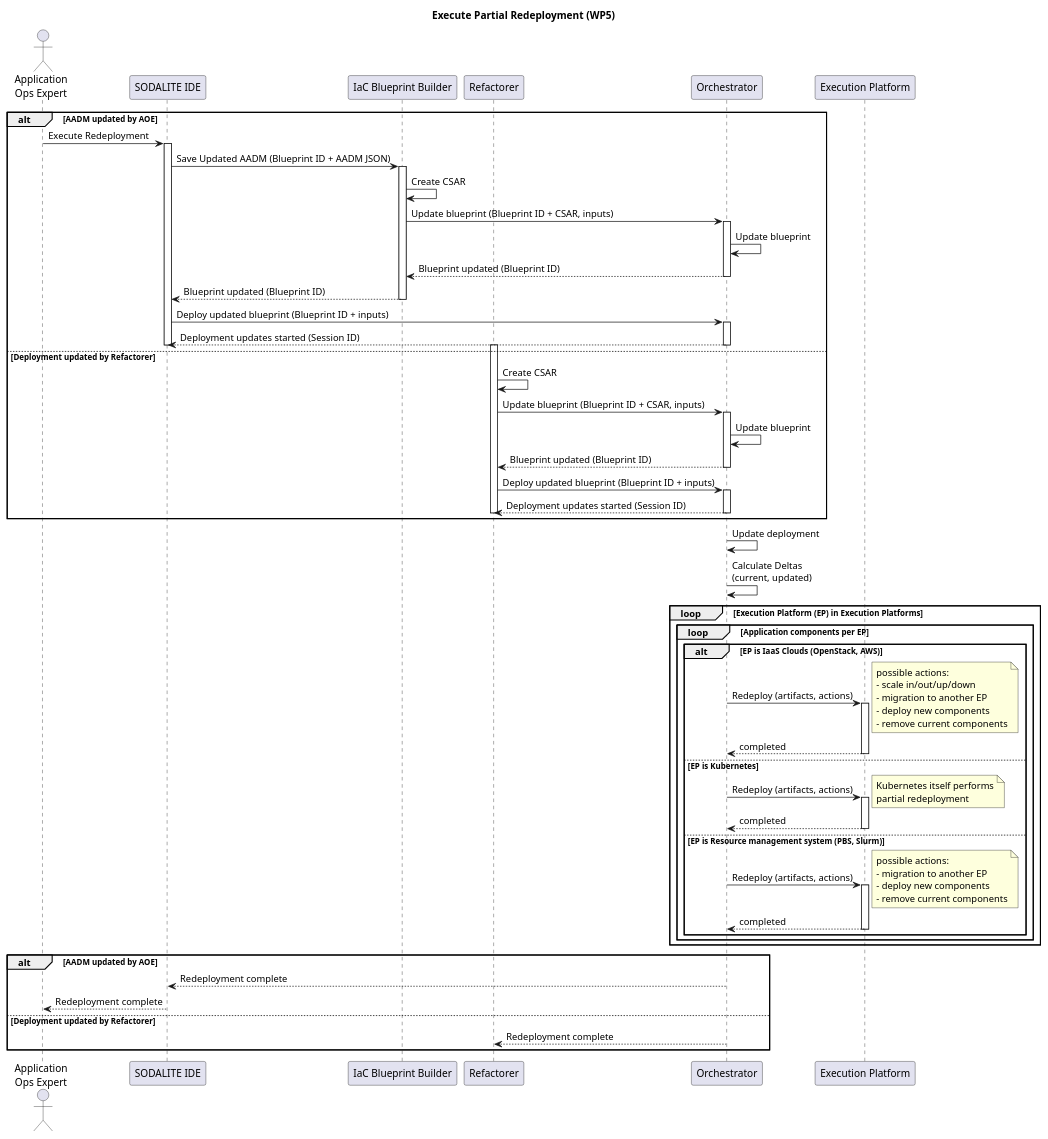
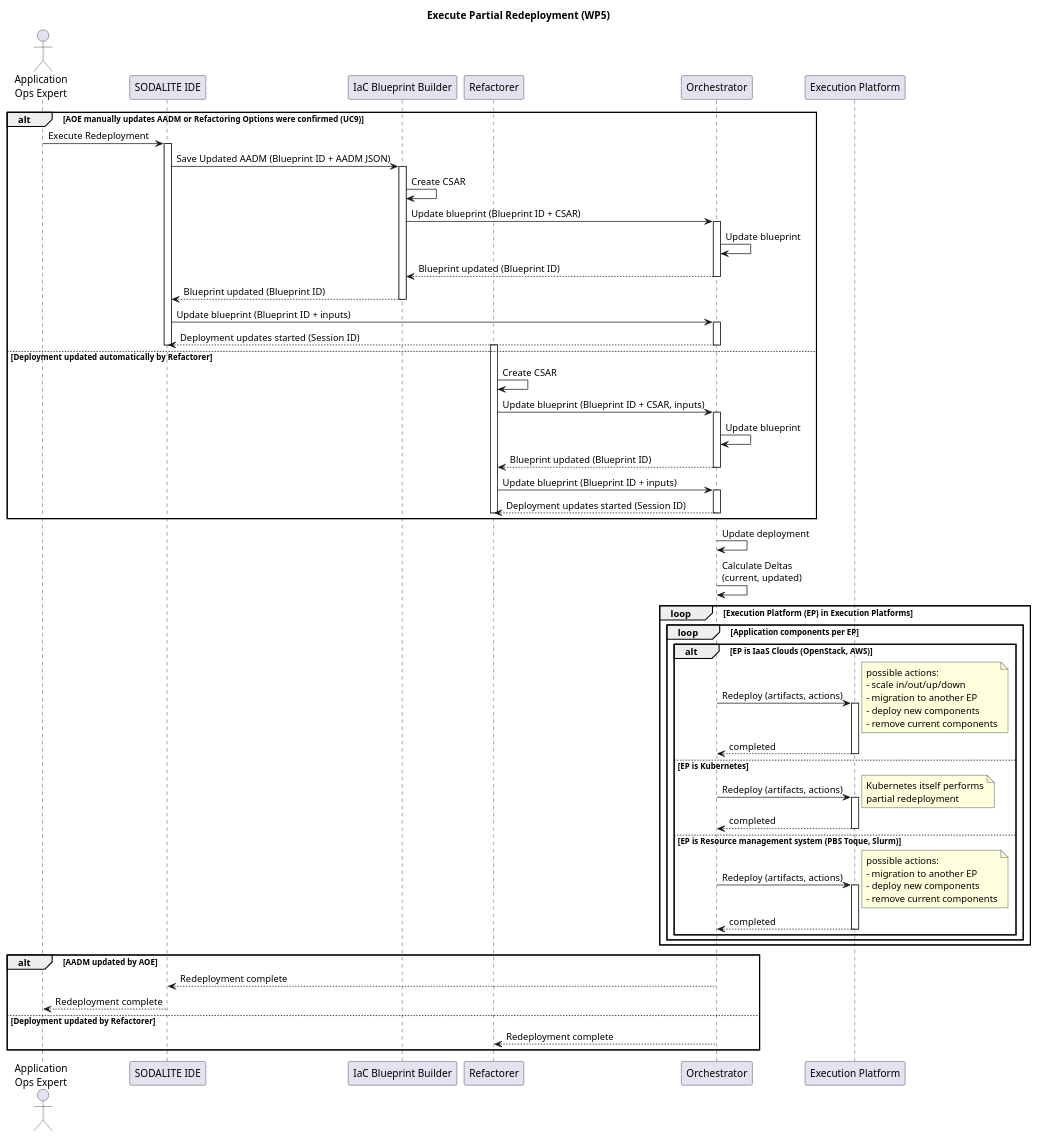
Before and after one commit to SODALITE-EU/project-wide-documentation: the diagram in uml/sequence-diagrams/UC-10-ExecutePartialRedeployment-WP5.puml, drawn with PlantUML. The commit also changed 3 other files, not shown here.

Commit message:
update README && UC diagrams

```diff
--- a/uml/sequence-diagrams/UC-10-ExecutePartialRedeployment-WP5.puml
+++ b/uml/sequence-diagrams/UC-10-ExecutePartialRedeployment-WP5.puml
@@ -1,97 +1,97 @@
 @startuml
 
 title Execute Partial Redeployment (WP5)
 
 actor "Application\nOps Expert" as ops
 participant "SODALITE IDE" as ide
 participant "IaC Blueprint Builder" as builder
 participant "Refactorer" as refactorer
 participant Orchestrator as orch
 participant "Execution Platform" as res
 
-alt AADM updated by AOE 
+alt AOE manually updates AADM or Refactoring Options were confirmed (UC9) 
   ops->ide: Execute Redeployment
   activate ide
   ide->builder: Save Updated AADM (Blueprint ID + AADM JSON)
   activate builder
   builder->builder: Create CSAR
-  builder->orch: Update blueprint (Blueprint ID + CSAR, inputs)
+  builder->orch: Update blueprint (Blueprint ID + CSAR)
   activate orch
   orch->orch: Update blueprint
   orch-->builder: Blueprint updated (Blueprint ID)
   deactivate orch
   builder-->ide: Blueprint updated (Blueprint ID)
   deactivate builder
-  ide->orch: Deploy updated blueprint (Blueprint ID + inputs)
+  ide->orch: Update blueprint (Blueprint ID + inputs)
   activate orch
   orch-->ide: Deployment updates started (Session ID)
   deactivate orch
   deactivate ide
-else Deployment updated by Refactorer 
+else Deployment updated automatically by Refactorer 
   activate refactorer
   refactorer->refactorer: Create CSAR
   refactorer->orch: Update blueprint (Blueprint ID + CSAR, inputs)
   activate orch
   orch->orch: Update blueprint
   orch-->refactorer: Blueprint updated (Blueprint ID)
   deactivate orch
-  refactorer->orch: Deploy updated blueprint (Blueprint ID + inputs)
+  refactorer->orch: Update blueprint (Blueprint ID + inputs)
   activate orch
   orch-->refactorer: Deployment updates started (Session ID)
   deactivate orch
   deactivate refactorer
 end
 
 activate orch
 orch->orch: Update deployment
 orch->orch: Calculate Deltas \n(current, updated)
 loop Execution Platform (EP) in Execution Platforms
   loop Application components per EP
     alt EP is IaaS Clouds (OpenStack, AWS)
       orch->res: Redeploy (artifacts, actions)
       activate res
       note right
         possible actions:
         - scale in/out/up/down
         - migration to another EP
         - deploy new components
         - remove current components
       end note
       orch<--res: completed
       deactivate res
 
     else EP is Kubernetes
       orch->res: Redeploy (artifacts, actions)
       activate res
       note right
         Kubernetes itself performs
         partial redeployment
       end note
       orch<--res: completed
       deactivate res
 
-    else EP is Resource management system (PBS, Slurm)
+    else EP is Resource management system (PBS Toque, Slurm)
       orch->res: Redeploy (artifacts, actions)
       activate res
       note right
         possible actions:
         - migration to another EP
         - deploy new components
         - remove current components
       end note
       orch<--res: completed
       deactivate res
     end
   end
 end
 
 alt AADM updated by AOE 
   orch-->ide: Redeployment complete
   deactivate ide
   ide-->ops: Redeployment complete
 else Deployment updated by Refactorer 
   orch-->refactorer: Redeployment complete
   deactivate refactorer
 end
 
 @enduml
```
